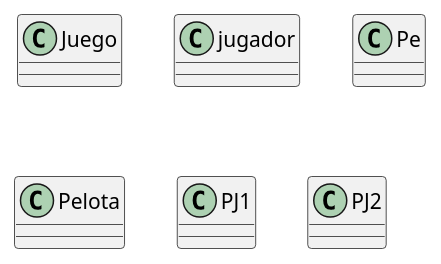
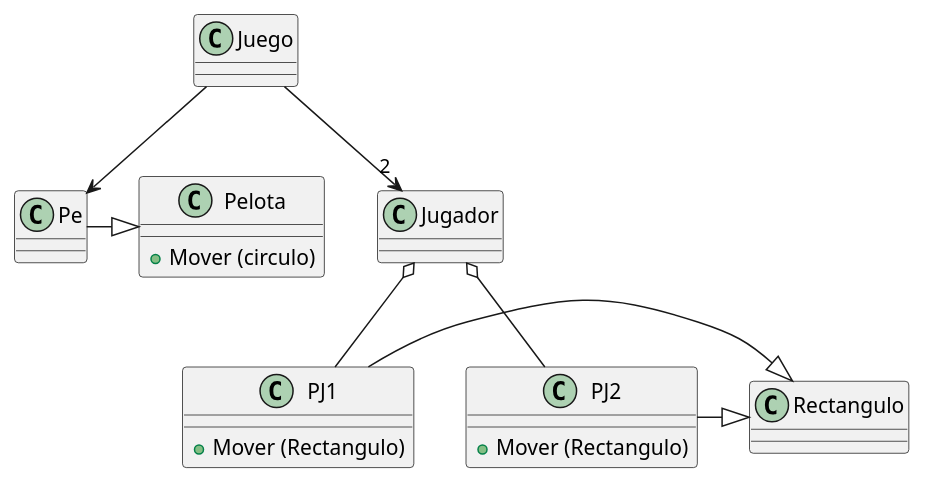
One commit to KevinMora51/EjemplosJuego changed the diagram in docs/Juego.puml. Above: the diagram before and after it, drawn with PlantUML. The commit also changed 5 other files, not shown here.

```diff
--- a/docs/Juego.puml
+++ b/docs/Juego.puml
@@ -1,8 +1,28 @@
 @startuml
+Juego --> "2"Jugador
+Juego --> Pe
+Pe -|> Pelota
+Jugador o-- PJ1
+Jugador o-- PJ2
+PJ1 -|> Rectangulo
+PJ2 -|> Rectangulo
+
+Class Rectangulo
 class Juego
-class jugador 
+class Jugador 
 Class Pe
 Class Pelota
 class PJ1
 class PJ2
+
+Class PJ1{
+    + Mover (Rectangulo)
+}
+Class PJ2{
+    + Mover (Rectangulo)
+}
+class Pelota{
+    + Mover (circulo)
+
+}
 @enduml
```
